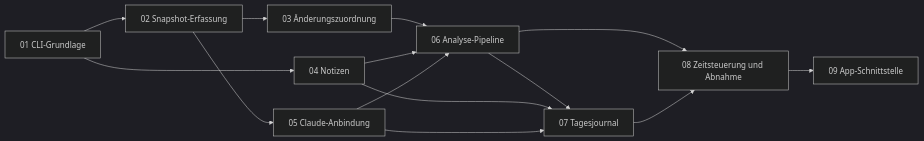
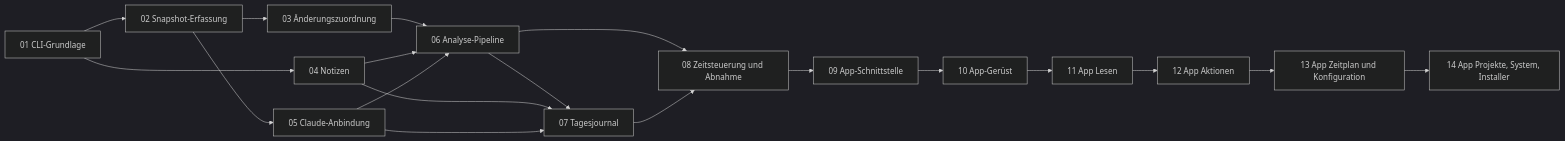
Before and after one commit to AlexMarrer/ipa-tool: the diagram in docs/implementation/README.md, drawn with Mermaid (dark theme). The commit also changed other lines of this file and 15 other files, not shown here.

````diff
--- a/docs/implementation/README.md
+++ b/docs/implementation/README.md
@@ -33,16 +42,21 @@
 ```mermaid
 graph LR
   P01[01 CLI-Grundlage] --> P02[02 Snapshot-Erfassung]
   P02 --> P03[03 Änderungszuordnung]
   P01 --> P04[04 Notizen]
   P02 --> P05[05 Claude-Anbindung]
   P03 --> P06[06 Analyse-Pipeline]
   P04 --> P06
   P05 --> P06
   P06 --> P07[07 Tagesjournal]
   P04 --> P07
   P05 --> P07
   P06 --> P08[08 Zeitsteuerung und Abnahme]
   P07 --> P08
   P08 --> P09[09 App-Schnittstelle]
+  P09 --> P10[10 App-Gerüst]
+  P10 --> P11[11 App Lesen]
+  P11 --> P12[12 App Aktionen]
+  P12 --> P13[13 App Zeitplan und Konfiguration]
+  P13 --> P14[14 App Projekte, System, Installer]
 ```
````
